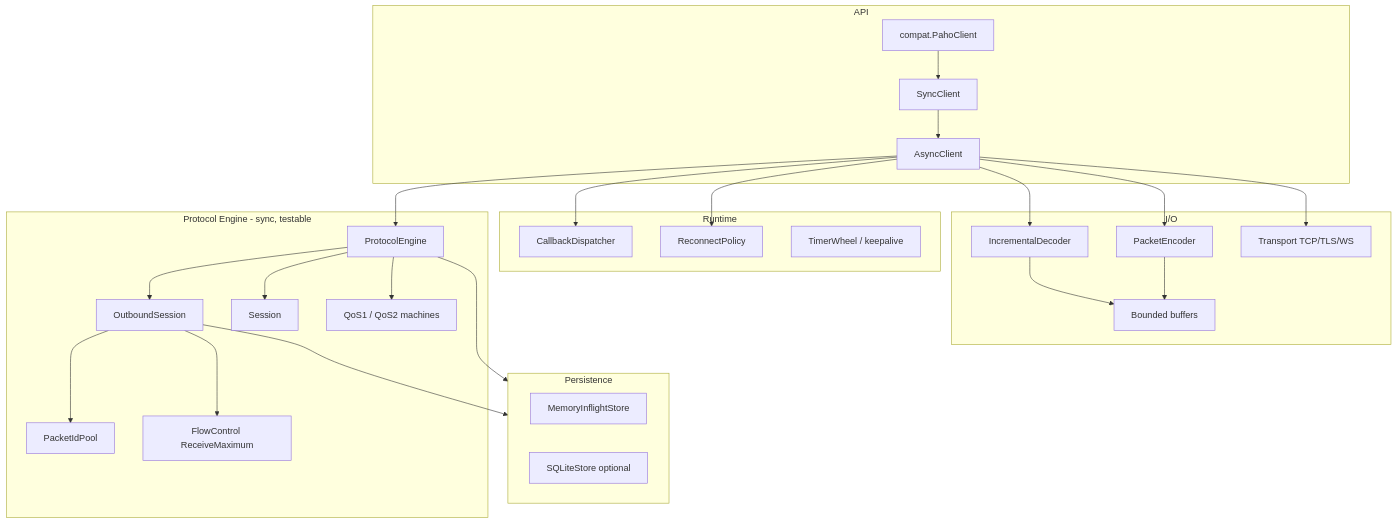
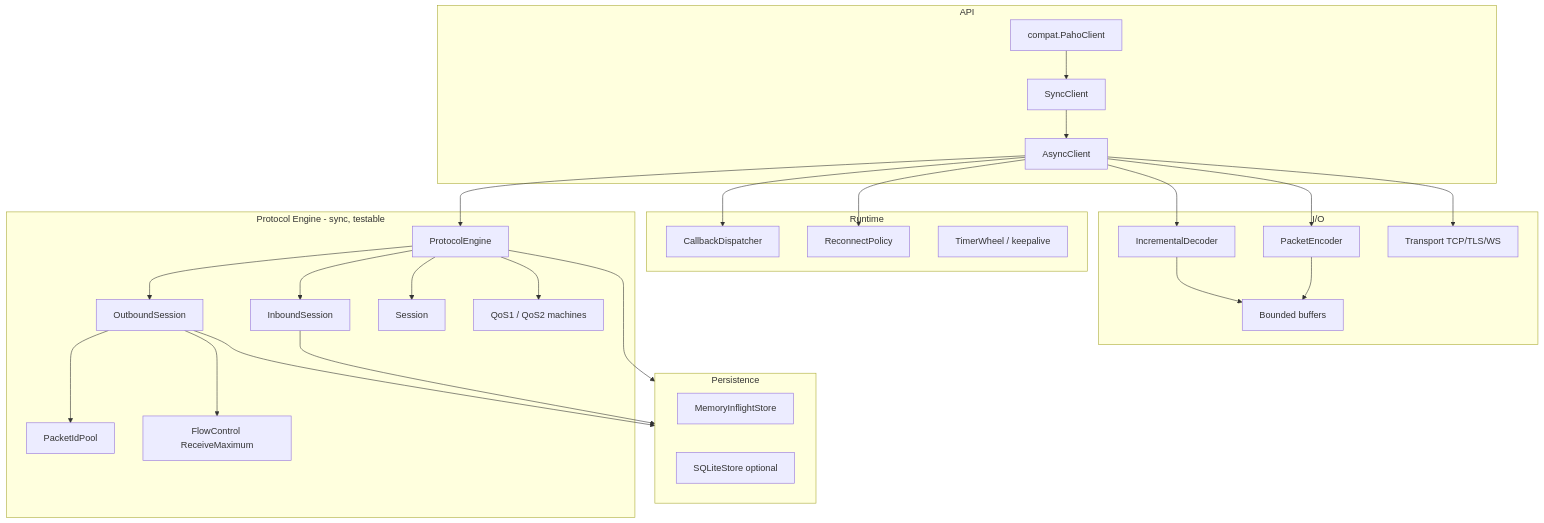
One commit to yoch/mqttium changed the diagram in docs/DESIGN.md. Above: the diagram before and after it, drawn with Mermaid. The commit also changed other lines of this file and 6 other files, not shown here.

````diff
--- a/docs/DESIGN.md
+++ b/docs/DESIGN.md
@@ -22,53 +22,56 @@
 ```mermaid
 flowchart TB
   subgraph api [API]
     AC[AsyncClient]
     SC[SyncClient]
     PC[compat.PahoClient]
   end
 
   subgraph runtime [Runtime]
     CD[CallbackDispatcher]
     RP[ReconnectPolicy]
     TM[TimerWheel / keepalive]
   end
 
   subgraph engine [Protocol Engine - sync, testable]
     PE[ProtocolEngine]
     OUT[OutboundSession]
+    IN[InboundSession]
     SES[Session]
     QOS[QoS1 / QoS2 machines]
     PID[PacketIdPool]
     FC[FlowControl ReceiveMaximum]
   end
 
   subgraph io [I/O]
     DEC[IncrementalDecoder]
     ENC[PacketEncoder]
     TR[Transport TCP/TLS/WS]
     BUF[Bounded buffers]
   end
 
   subgraph store [Persistence]
     MEM[MemoryInflightStore]
     SQL[SQLiteStore optional]
   end
 
   AC --> PE
   SC --> AC
   PC --> SC
   AC --> CD
   AC --> RP
   PE --> OUT
+  PE --> IN
   PE --> SES
   PE --> QOS
   OUT --> PID
   OUT --> FC
   OUT --> store
+  IN --> store
   PE --> store
   AC --> DEC
   AC --> ENC
   AC --> TR
   DEC --> BUF
   ENC --> BUF
 ```
````
